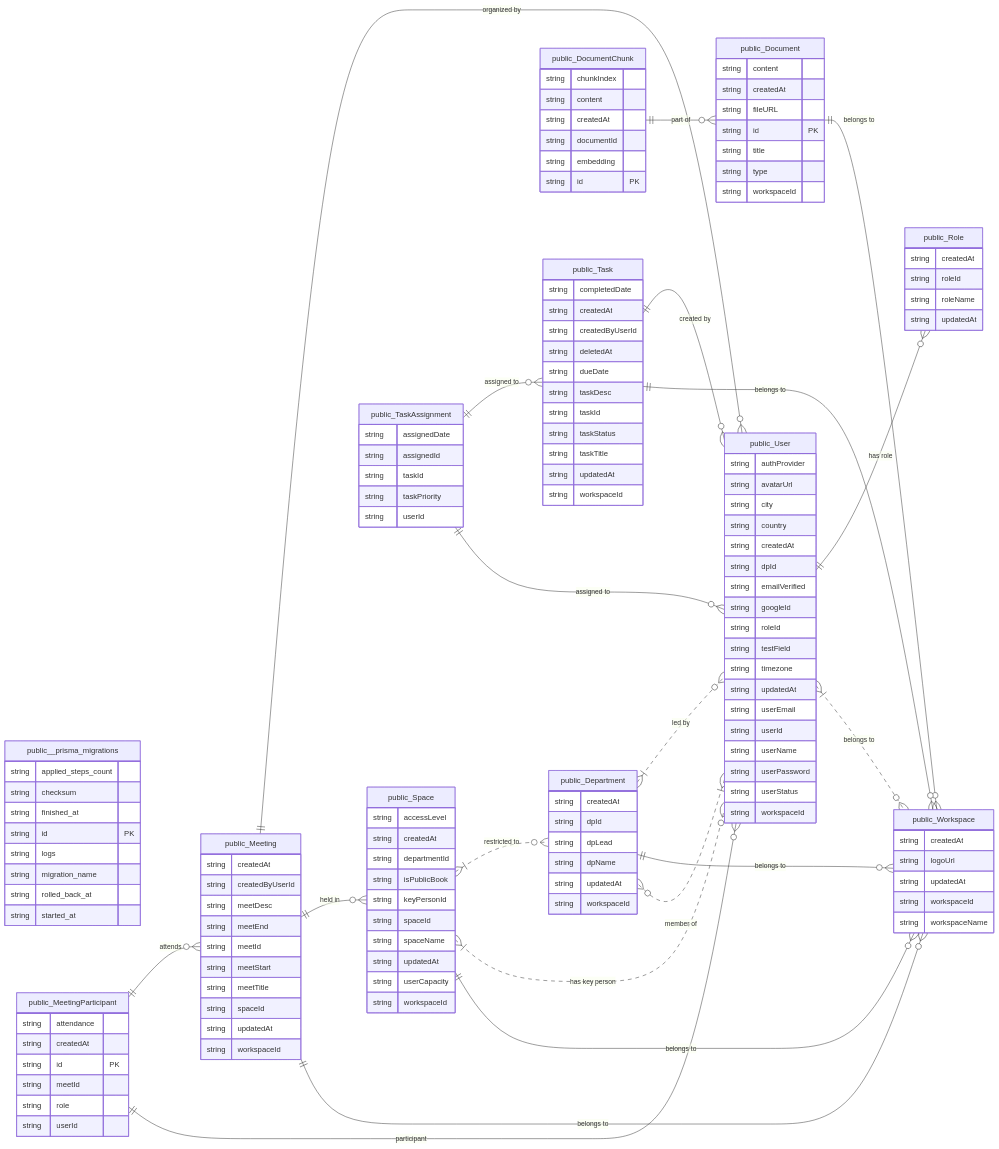
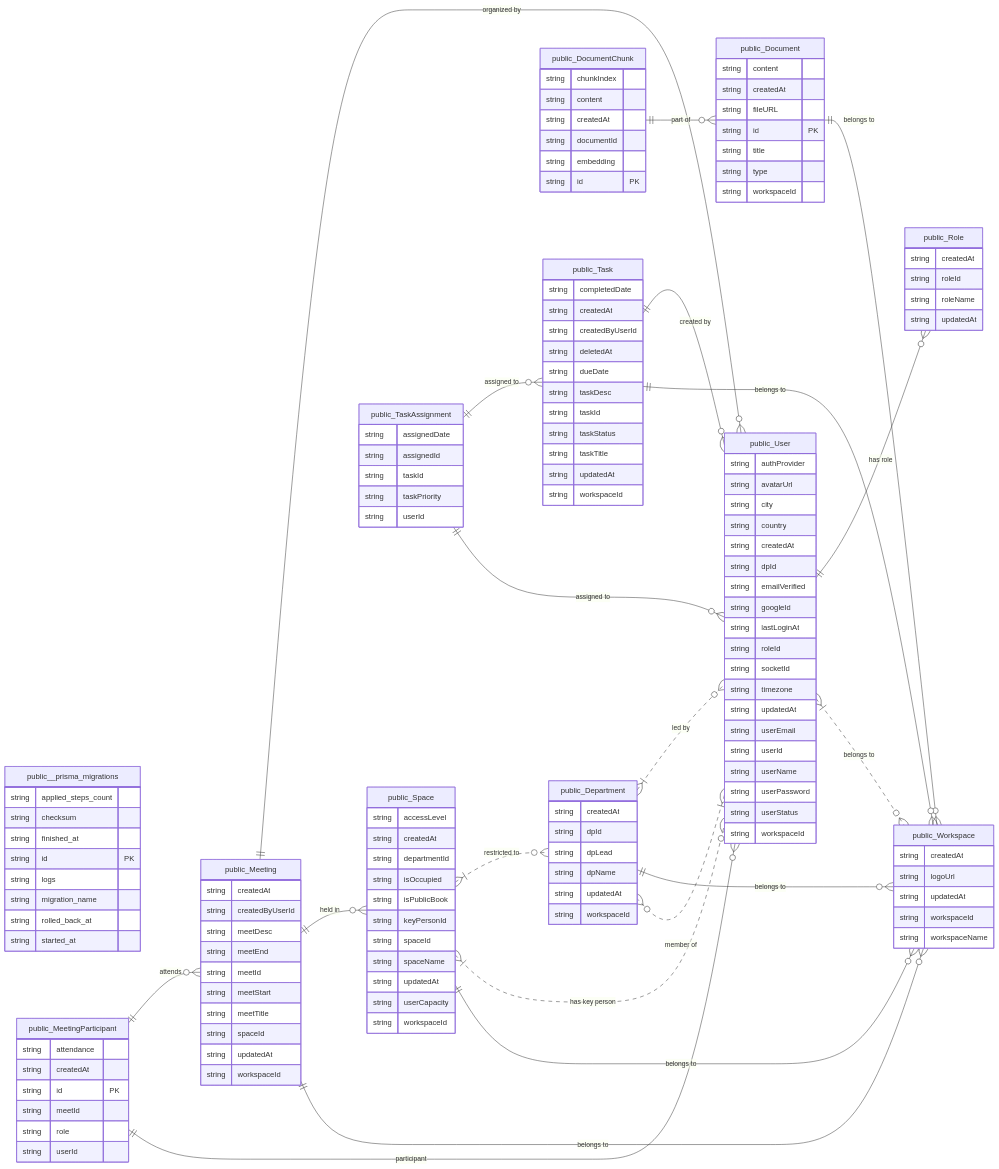
The diagram in dev/data/backend/docs/DB_DOC.md (hni-natalie/Transcend), drawn with Mermaid before and after one commit. The commit also changed other lines of this file and 4 other files, not shown here.

First line of the commit message:
feat(db): update prisma schema and seed data

```diff
--- a/dev/data/backend/docs/DB_DOC.md
+++ b/dev/data/backend/docs/DB_DOC.md
@@ -117,6 +117,7 @@
         string accessLevel
         string createdAt
         string departmentId
+        string isOccupied
         string isPublicBook
         string keyPersonId
         string spaceId
@@ -154,8 +155,9 @@
         string dpId
         string emailVerified
         string googleId
+        string lastLoginAt
         string roleId
-        string testField
+        string socketId
         string timezone
         string updatedAt
         string userEmail
@@ -172,7 +174,7 @@
         string workspaceId
         string workspaceName
     }
-   public_Department }|..o{ public_User : "led by"
+	public_Department }|..o{ public_User : "led by"
     public_Department ||--o{ public_Workspace : "belongs to"
     public_Document ||--o{ public_Workspace : "belongs to"
     public_DocumentChunk ||--o{ public_Document : "part of"
```
